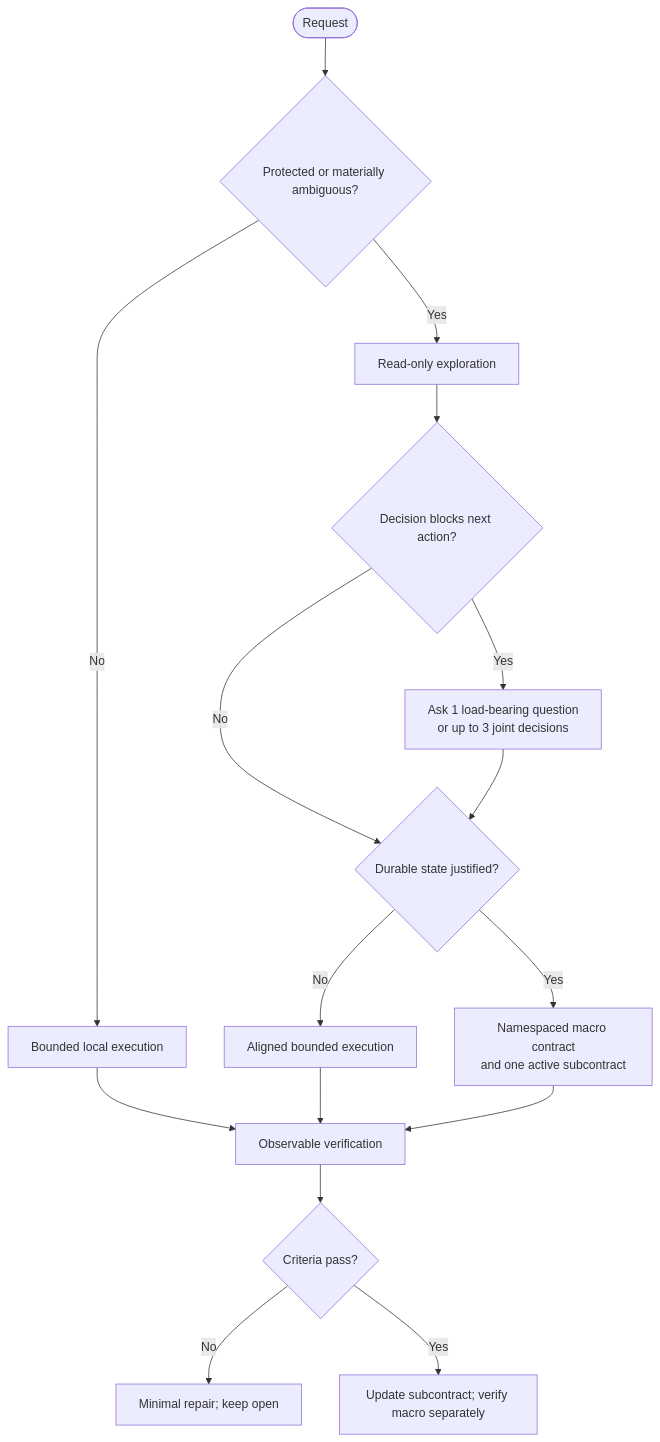
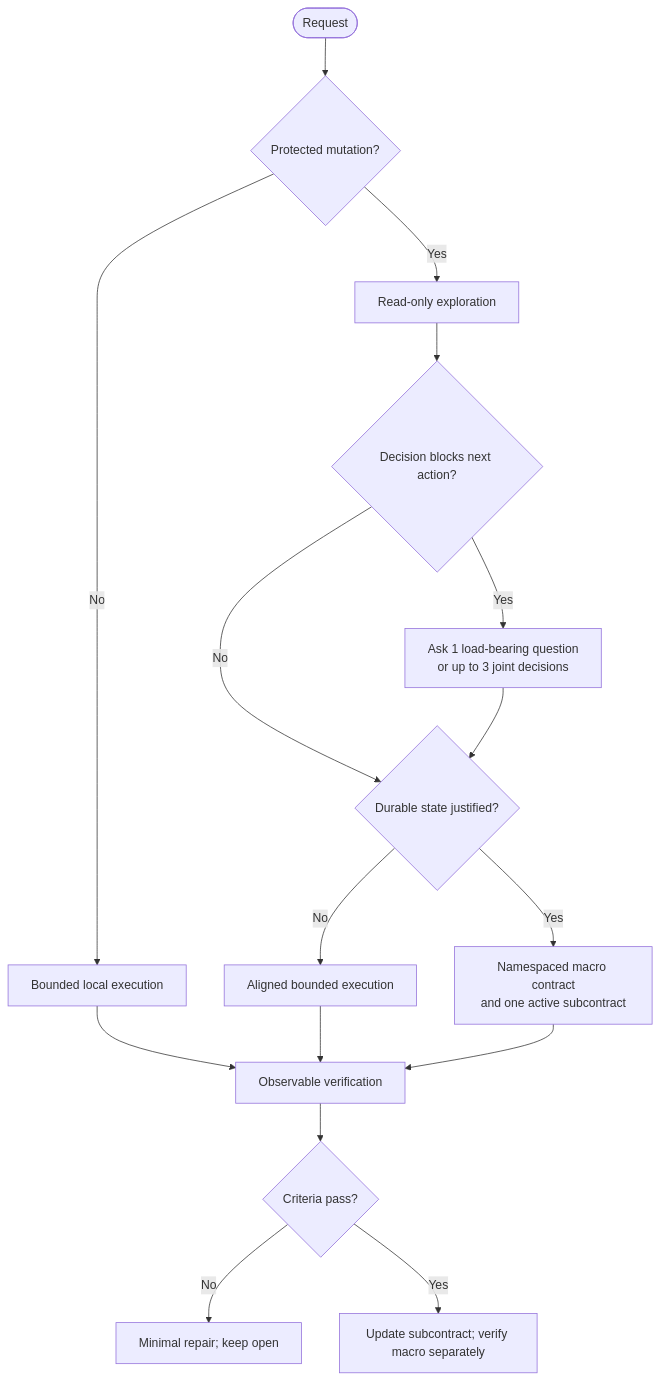
Before and after one commit to jiyeongjun/socrates-protocol: the diagram in README.md, drawn with Mermaid. The commit also changed other lines of this file and 46 other files, not shown here.

````diff
--- a/README.md
+++ b/README.md
@@ -31,18 +32,18 @@
 ```mermaid
 flowchart TB
-    A([Request]) --> B{Protected or materially ambiguous?}
+    A([Request]) --> B{Protected mutation?}
     B -- No --> C[Bounded local execution]
     B -- Yes --> D[Read-only exploration]
     D --> E{Decision blocks next action?}
     E -- Yes --> F[Ask 1 load-bearing question<br/>or up to 3 joint decisions]
     E -- No --> G{Durable state justified?}
     F --> G
     G -- No --> H[Aligned bounded execution]
     G -- Yes --> I[Namespaced macro contract<br/>and one active subcontract]
     C --> J[Observable verification]
     H --> J
     I --> J
     J --> K{Criteria pass?}
     K -- No --> L[Minimal repair; keep open]
     K -- Yes --> M[Update subcontract; verify macro separately]
 ```
````
